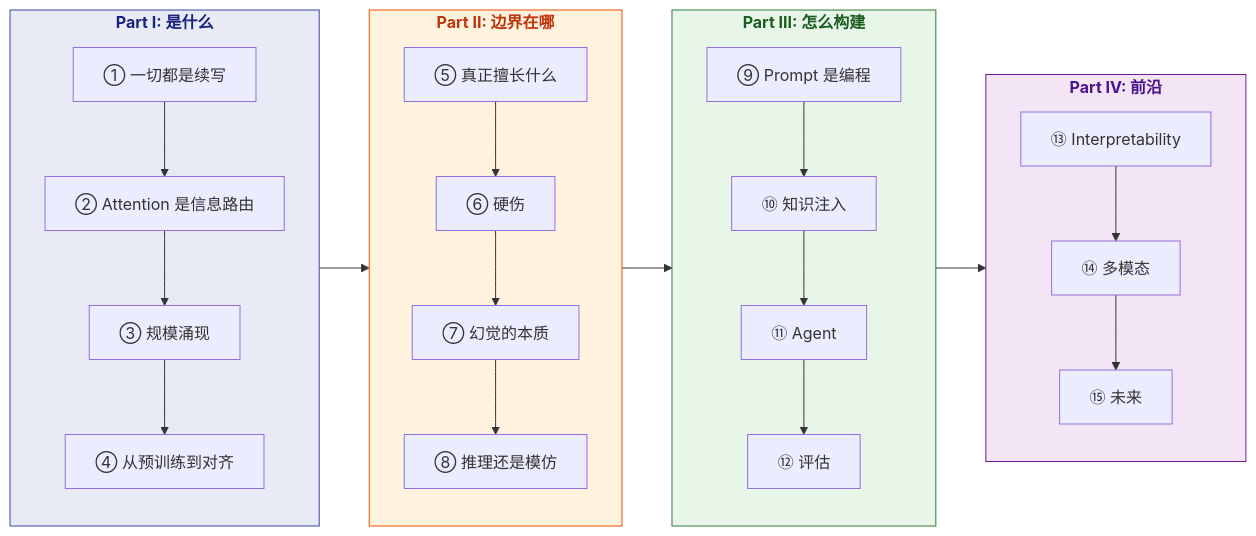
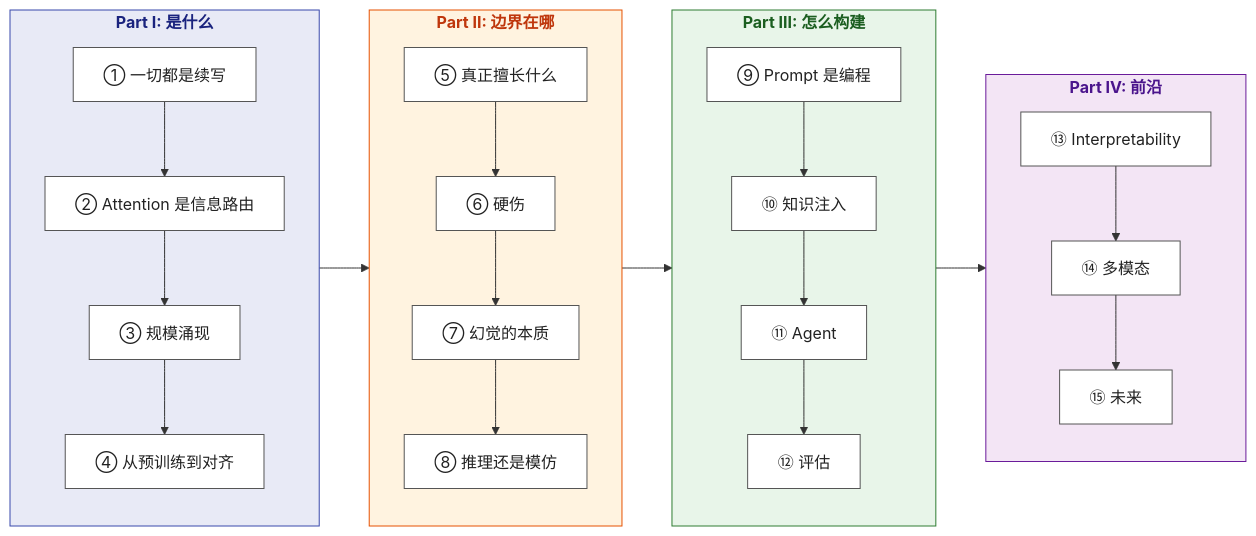
The diagram in README.md (yingwang/thinking-in-llm), drawn with Mermaid before and after one commit. The commit also changed 1 other file, not shown here.

Commit message:
Fix Mermaid diagram nodes invisible in dark mode
Inner nodes had no style, so mkdocs-material's dark theme rendered
them with light text on the subgraph's light pastel fills, basically
unreadable. Added classDef forcing white fill + dark text on the
chapter nodes so they're legible in both light and dark schemes.

````diff
--- a/README.md
+++ b/README.md
@@ -12,44 +12,47 @@
 ```mermaid
 flowchart LR
     subgraph P1["<b>Part I: 是什么</b>"]
         direction TB
         C1["① 一切都是续写"]
         C2["② Attention 是信息路由"]
         C3["③ 规模涌现"]
         C4["④ 从预训练到对齐"]
         C1 --> C2 --> C3 --> C4
     end
 
     subgraph P2["<b>Part II: 边界在哪</b>"]
         direction TB
         C5["⑤ 真正擅长什么"]
         C6["⑥ 硬伤"]
         C7["⑦ 幻觉的本质"]
         C8["⑧ 推理还是模仿"]
         C5 --> C6 --> C7 --> C8
     end
 
     subgraph P3["<b>Part III: 怎么构建</b>"]
         direction TB
         C9["⑨ Prompt 是编程"]
         C10["⑩ 知识注入"]
         C11["⑪ Agent"]
         C12["⑫ 评估"]
         C9 --> C10 --> C11 --> C12
     end
 
     subgraph P4["<b>Part IV: 前沿</b>"]
         direction TB
         C13["⑬ Interpretability"]
         C14["⑭ 多模态"]
         C15["⑮ 未来"]
         C13 --> C14 --> C15
     end
 
     P1 --> P2 --> P3 --> P4
 
+    classDef chapter fill:#ffffff,stroke:#555,color:#222
+    class C1,C2,C3,C4,C5,C6,C7,C8,C9,C10,C11,C12,C13,C14,C15 chapter
+
     style P1 fill:#e8eaf6,stroke:#3949ab,color:#1a237e
     style P2 fill:#fff3e0,stroke:#e65100,color:#bf360c
     style P3 fill:#e8f5e9,stroke:#2e7d32,color:#1b5e20
     style P4 fill:#f3e5f5,stroke:#6a1b9a,color:#4a148c
 ```
````
